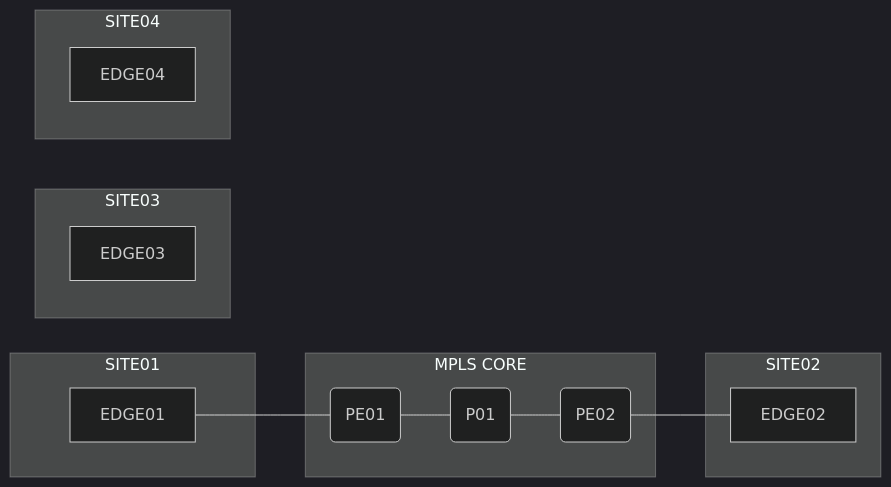
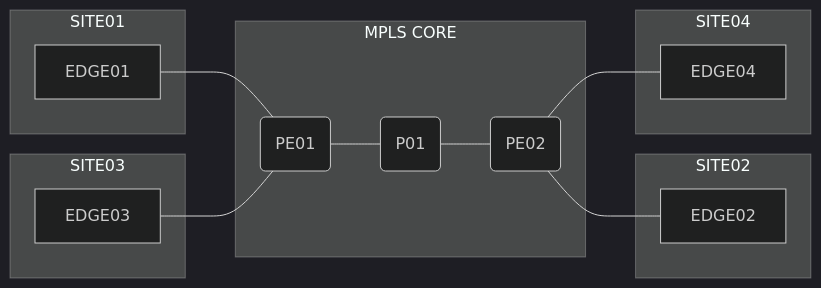
One commit to jnaranjom/iac_network_deployment changed the diagram in diagrams/network_diagram.md. Above: the diagram before and after it, drawn with Mermaid (dark theme).

Commit message:
Update diagram MPLS VPN

````diff
--- a/diagrams/network_diagram.md
+++ b/diagrams/network_diagram.md
@@ -7,21 +7,23 @@
 ```mermaid
 flowchart LR
     subgraph SITE01
     A[EDGE01]
     end
     subgraph SITE03
     F[EDGE03]
     end
     A[EDGE01] --- B(PE01)
+    F[EDGE03] --- B(PE01)
     subgraph MPLS CORE
     B --- C(P01)
     C --- D(PE02)
     end
     D --- E[EDGE02]
+    D --- G[EDGE04]
     subgraph SITE02
     E[EDGE02]
     end
     subgraph SITE04
     G[EDGE04]
     end
 ```
````
